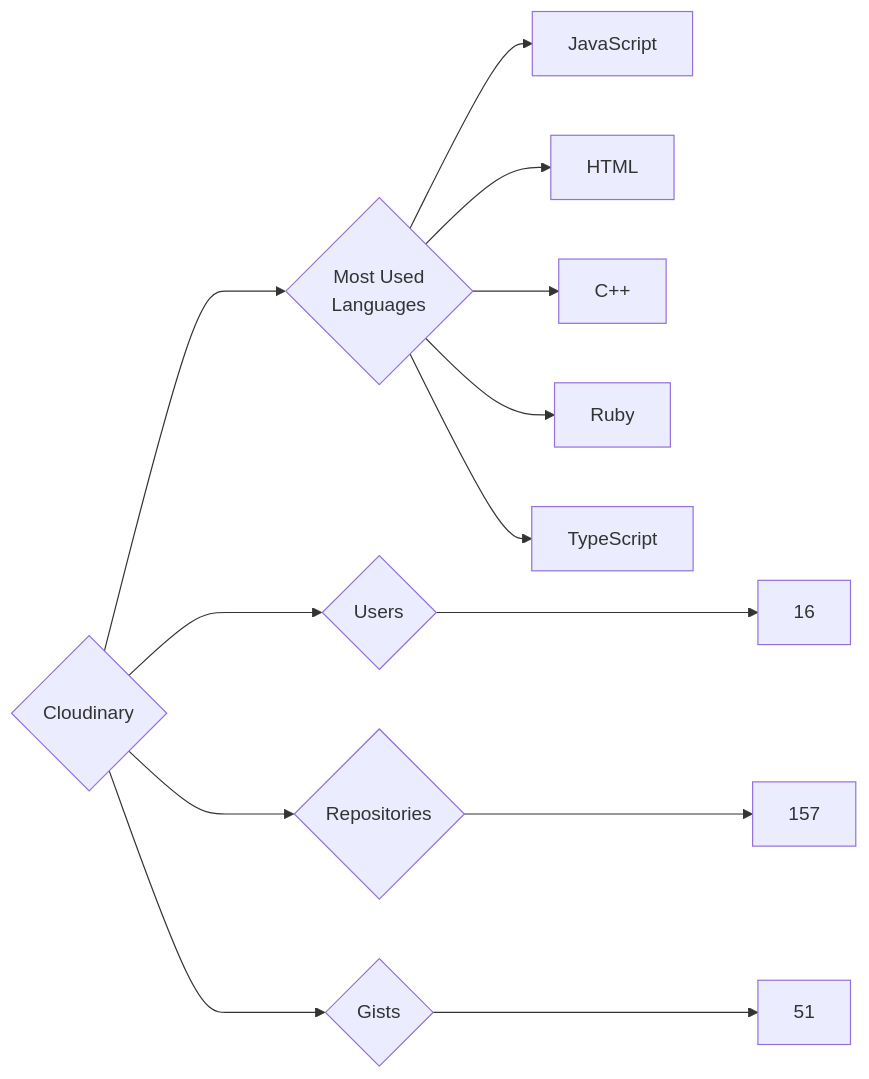
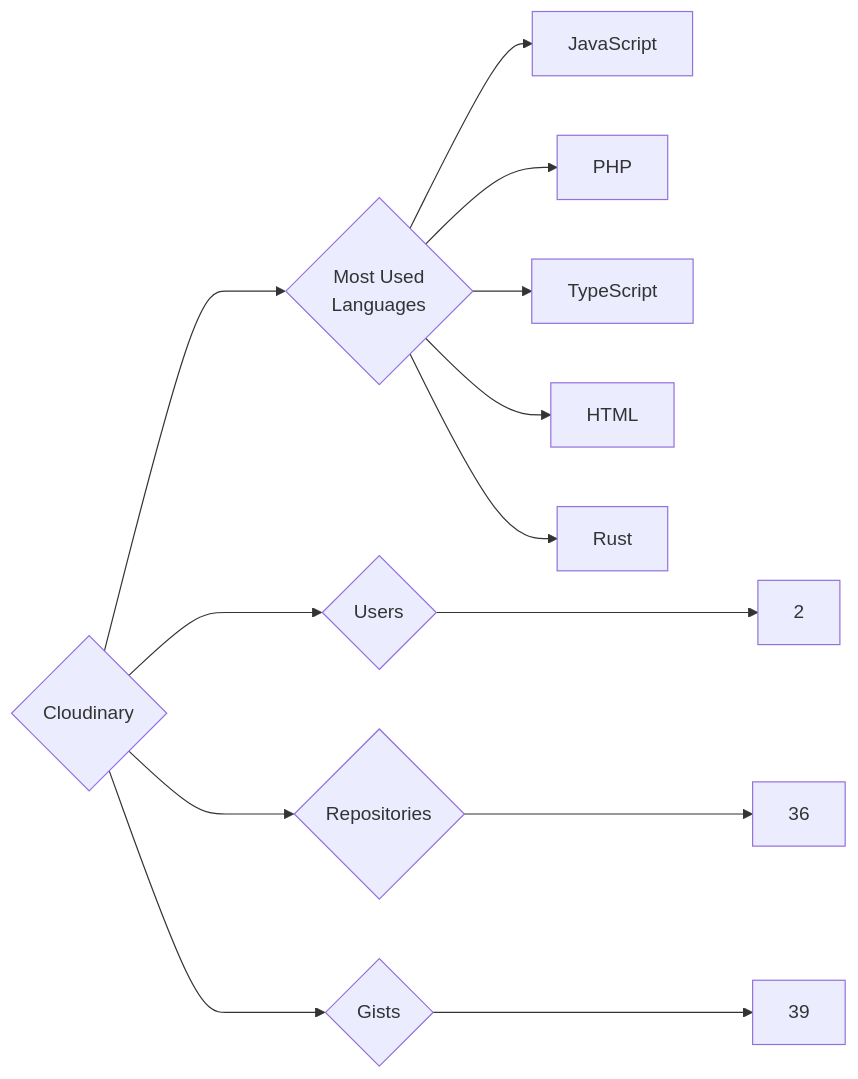
The diagram in targets/Cloudinary/README.md (trickest/insiders), drawn with Mermaid before and after one commit. The commit also changed 951 other files, not shown here.

````diff
--- a/targets/Cloudinary/README.md
+++ b/targets/Cloudinary/README.md
@@ -3,13 +3,13 @@
 ```mermaid
 graph LR
 COMPANY_NAME{Cloudinary}
-COMPANY_NAME ---> U{Users} ---> UN[16]
-COMPANY_NAME ---> R{Repositories} ---> RN[157]
-COMPANY_NAME ---> G{Gists} ---> GN[51]
+COMPANY_NAME ---> U{Users} ---> UN[2]
+COMPANY_NAME ---> R{Repositories} ---> RN[36]
+COMPANY_NAME ---> G{Gists} ---> GN[39]
 COMPANY_NAME ---> ML{Most Used<br>Languages}
-ML --> JavaScript
-ML --> HTML
-ML --> C++
-ML --> Ruby
-ML --> TypeScript
+ML --> JavaScript[JavaScript]
+ML --> PHP[PHP]
+ML --> TypeScript[TypeScript]
+ML --> HTML[HTML]
+ML --> Rust[Rust]
 ```
````
